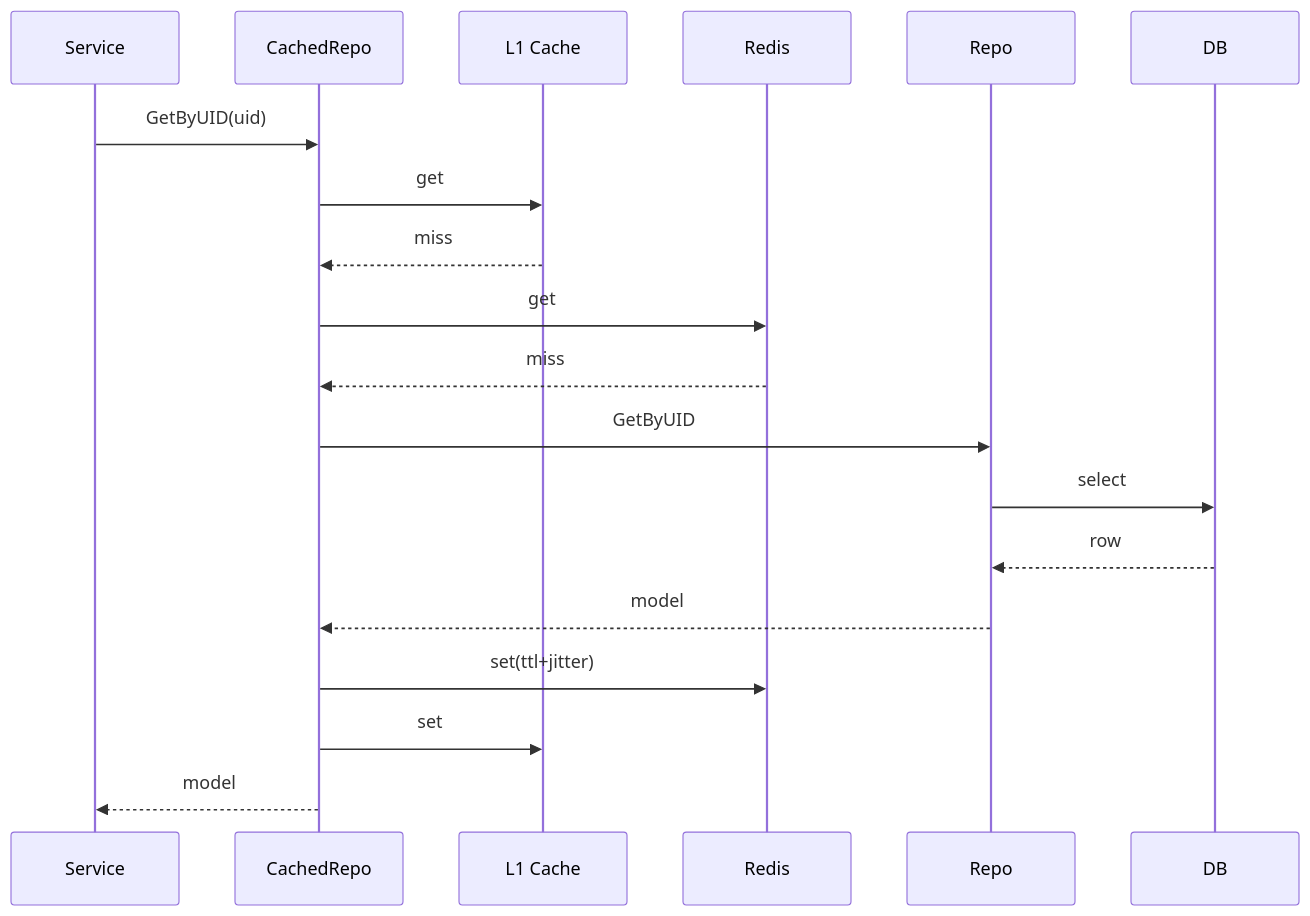
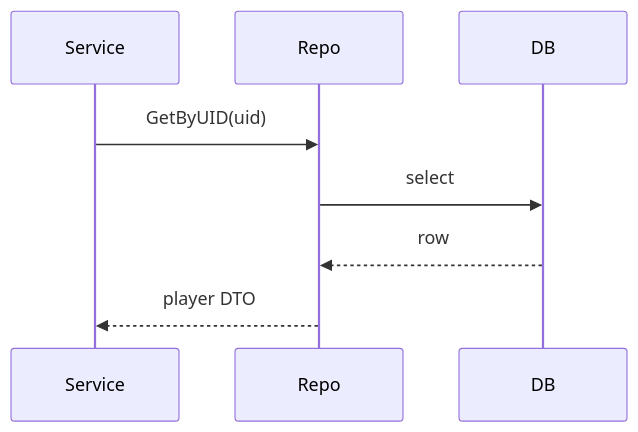
The second of 7 diagrams in backend_technical_architecture.md (shaligg/cardgo-server), drawn with Mermaid before and after one commit. The commit also changed other lines of this file and 63 other files, not shown here.

````diff
--- a/backend_technical_architecture.md
+++ b/backend_technical_architecture.md
@@ -2243,22 +2287,11 @@
 ```mermaid
 sequenceDiagram
     participant S as Service
-    participant C as CachedRepo
-    participant L1 as L1 Cache
-    participant L2 as Redis
     participant R as Repo
     participant D as DB
 
-    S->>C: GetByUID(uid)
-    C->>L1: get
-    L1-->>C: miss
-    C->>L2: get
-    L2-->>C: miss
-    C->>R: GetByUID
+    S->>R: GetByUID(uid)
     R->>D: select
     D-->>R: row
-    R-->>C: model
-    C->>L2: set(ttl+jitter)
-    C->>L1: set
-    C-->>S: model
+    R-->>S: player DTO
 ```
````
